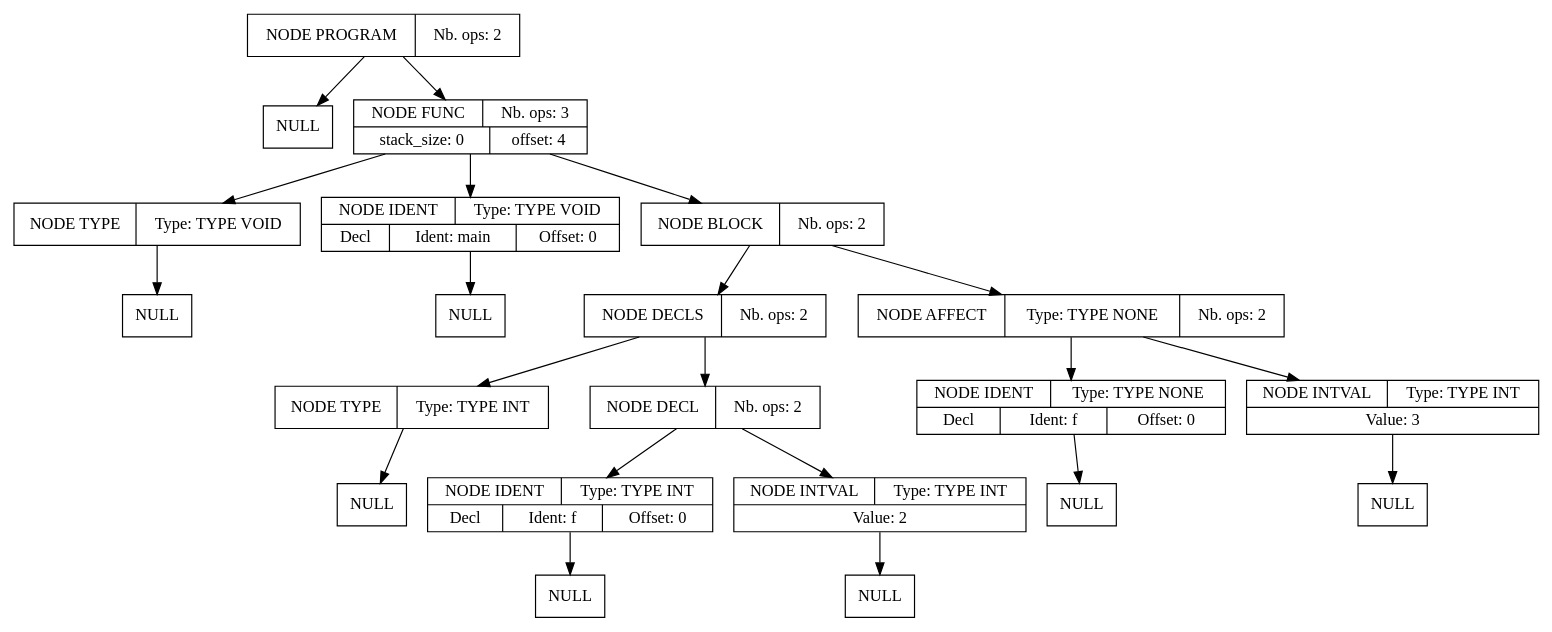
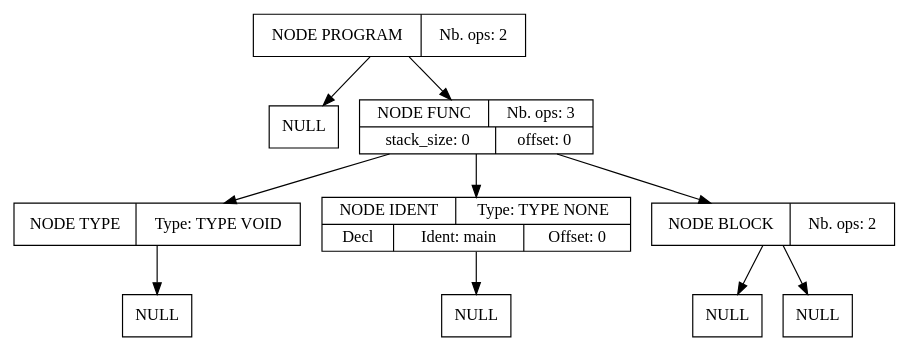
One commit to Serial-DeV/Compilation changed the diagram in projet_compilation_src/src/fichier_dump.dot. Above: the diagram before and after it, drawn with Graphviz. The commit also changed 14 other files, not shown here.

```diff
--- a/projet_compilation_src/src/fichier_dump.dot
+++ b/projet_compilation_src/src/fichier_dump.dot
@@ -1,63 +1,30 @@
 digraph global_vars {
     N1 [shape=record, label="{{NODE PROGRAM|Nb. ops: 2}}"];
     N2 [shape=record, label="{{NULL}}"];
     edge[tailclip=true];
     N1 -> N2
-    N3 [shape=record, label="{{NODE FUNC|Nb. ops: 3}|{stack_size: 0|offset: 4}}"];
+    N3 [shape=record, label="{{NODE FUNC|Nb. ops: 3}|{stack_size: 0|offset: 0}}"];
     N4 [shape=record, label="{{NODE TYPE|Type: TYPE VOID}}"];
     N5 [shape=record, label="{{NULL}}"];
     edge[tailclip=true];
     N4 -> N5
     edge[tailclip=true];
     N3 -> N4
-    N6 [shape=record, label="{{NODE IDENT|Type: TYPE VOID}|{<decl>Decl      |Ident: main|Offset: 0}}"];
+    N6 [shape=record, label="{{NODE IDENT|Type: TYPE NONE}|{<decl>Decl      |Ident: main|Offset: 0}}"];
     N7 [shape=record, label="{{NULL}}"];
     edge[tailclip=true];
     N6 -> N7
     edge[tailclip=true];
     N3 -> N6
     N8 [shape=record, label="{{NODE BLOCK|Nb. ops: 2}}"];
-    N9 [shape=record, label="{{NODE DECLS|Nb. ops: 2}}"];
-    N10 [shape=record, label="{{NODE TYPE|Type: TYPE INT}}"];
-    N11 [shape=record, label="{{NULL}}"];
-    edge[tailclip=true];
-    N10 -> N11
-    edge[tailclip=true];
-    N9 -> N10
-    N12 [shape=record, label="{{NODE DECL|Nb. ops: 2}}"];
-    N13 [shape=record, label="{{NODE IDENT|Type: TYPE INT}|{<decl>Decl      |Ident: f|Offset: 0}}"];
-    N14 [shape=record, label="{{NULL}}"];
-    edge[tailclip=true];
-    N13 -> N14
-    edge[tailclip=true];
-    N12 -> N13
-    N15 [shape=record, label="{{NODE INTVAL|Type: TYPE INT}|{Value: 2}}"];
-    N16 [shape=record, label="{{NULL}}"];
-    edge[tailclip=true];
-    N15 -> N16
-    edge[tailclip=true];
-    N12 -> N15
-    edge[tailclip=true];
-    N9 -> N12
+    N9 [shape=record, label="{{NULL}}"];
     edge[tailclip=true];
     N8 -> N9
-    N17 [shape=record, label="{{NODE AFFECT|Type: TYPE NONE|Nb. ops: 2}}"];
-    N18 [shape=record, label="{{NODE IDENT|Type: TYPE NONE}|{<decl>Decl      |Ident: f|Offset: 0}}"];
-    N19 [shape=record, label="{{NULL}}"];
+    N10 [shape=record, label="{{NULL}}"];
     edge[tailclip=true];
-    N18 -> N19
-    edge[tailclip=true];
-    N17 -> N18
-    N20 [shape=record, label="{{NODE INTVAL|Type: TYPE INT}|{Value: 3}}"];
-    N21 [shape=record, label="{{NULL}}"];
-    edge[tailclip=true];
-    N20 -> N21
-    edge[tailclip=true];
-    N17 -> N20
-    edge[tailclip=true];
-    N8 -> N17
+    N8 -> N10
     edge[tailclip=true];
     N3 -> N8
     edge[tailclip=true];
     N1 -> N3
 }
```
